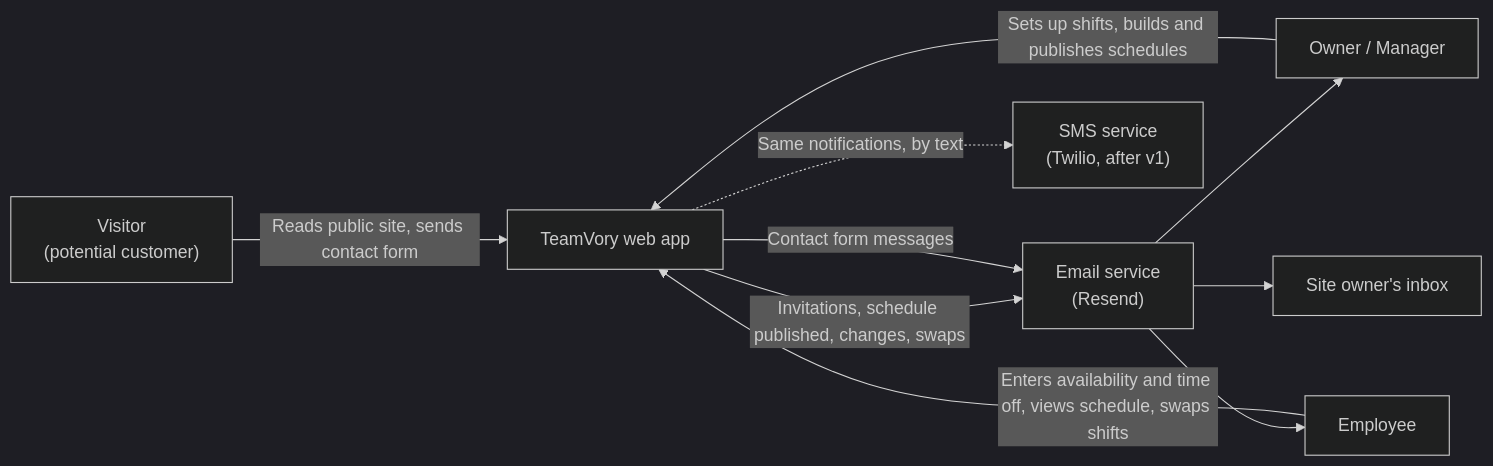
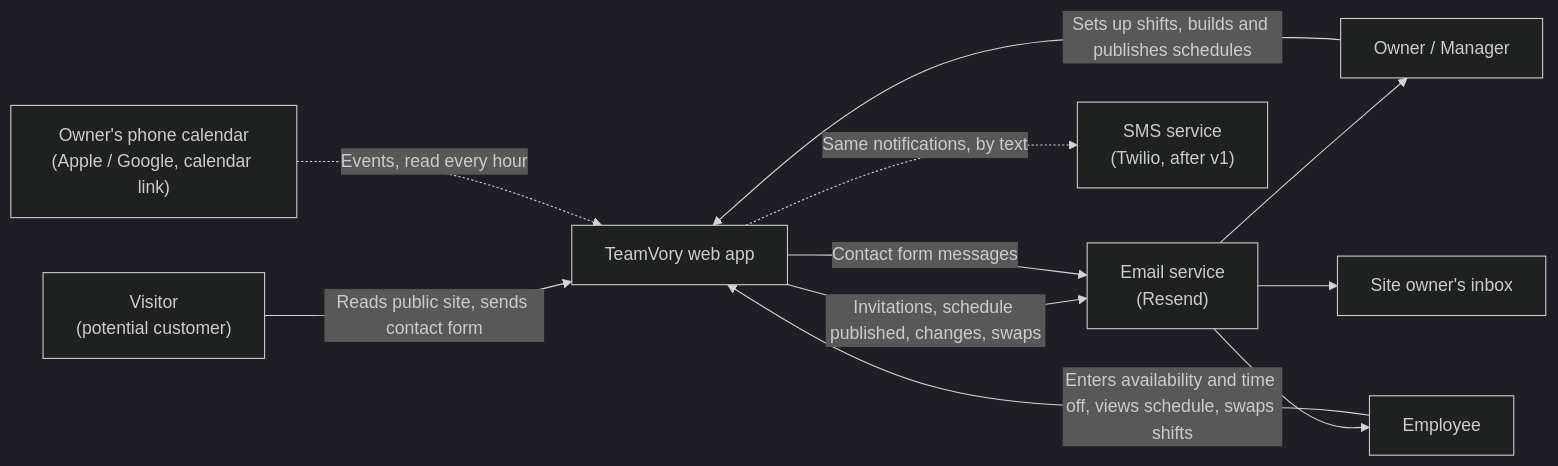
One commit to DebbieP20/teamvory changed the first of 4 diagrams in docs/architecture.md. Above: the diagram before and after it, drawn with Mermaid (dark theme). The commit also changed other lines of this file and 6 other files, not shown here.

````diff
--- a/docs/architecture.md
+++ b/docs/architecture.md
@@ -9,20 +9,22 @@
 ```mermaid
 flowchart LR
     V["Visitor<br/>(potential customer)"]
     O["Owner / Manager"]
     E["Employee"]
     TV["TeamVory web app"]
     EM["Email service<br/>(Resend)"]
     SMS["SMS service<br/>(Twilio, after v1)"]
     INBOX["Site owner's inbox"]
+    CAL["Owner's phone calendar<br/>(Apple / Google, calendar link)"]
 
     V -->|Reads public site, sends contact form| TV
     O -->|Sets up shifts, builds and publishes schedules| TV
     E -->|Enters availability and time off, views schedule, swaps shifts| TV
     TV -->|Invitations, schedule published, changes, swaps| EM
     TV -.->|Same notifications, by text| SMS
     EM --> O
     EM --> E
     TV -->|Contact form messages| EM
     EM --> INBOX
+    CAL -.->|Events, read every hour| TV
 ```
````
